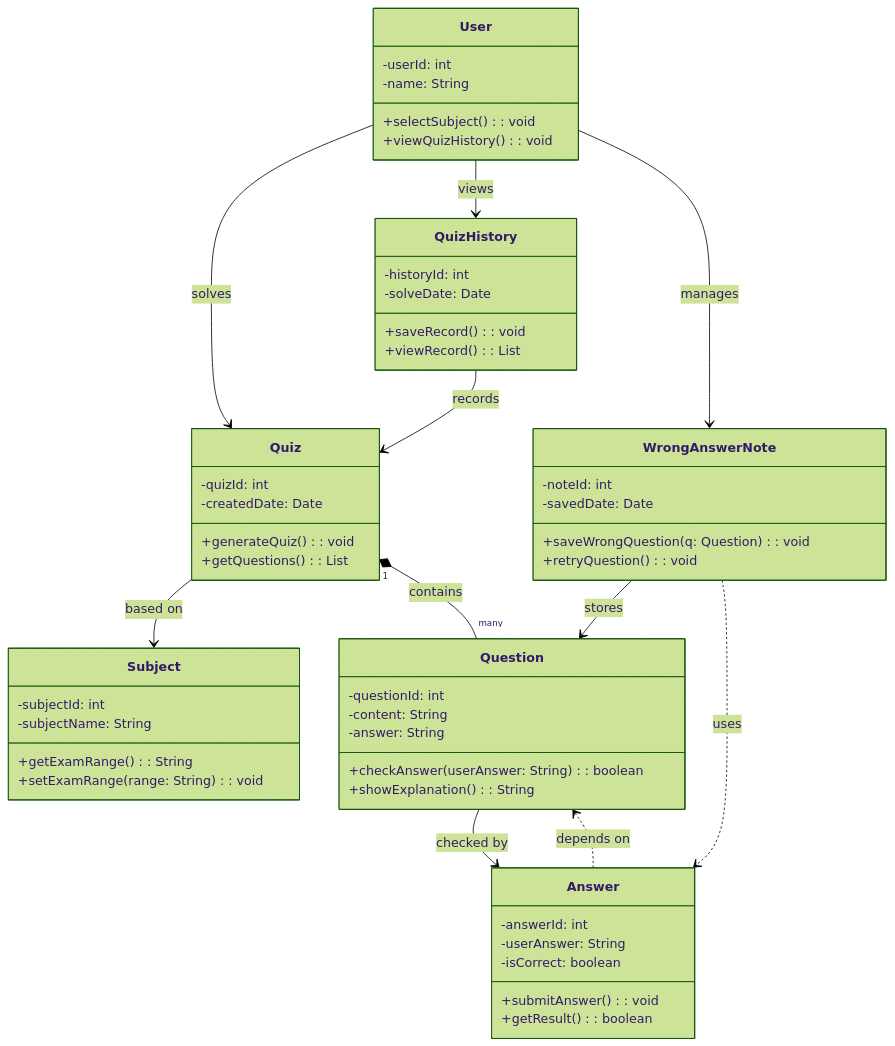
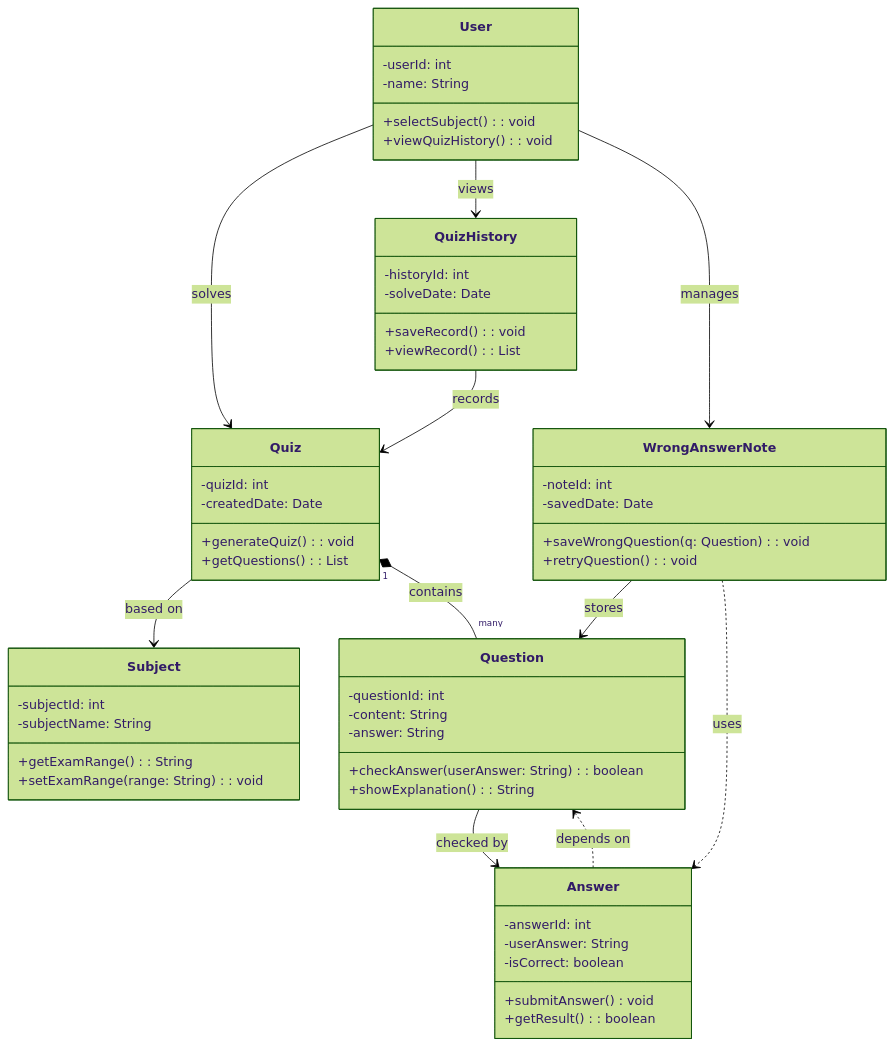
One commit to meaterick/sw-words changed the second of 2 diagrams in docs/M2/UML 다이어그램.md. Above: the diagram before and after it, drawn with Mermaid (forest theme).

Commit message:
Fix method signature for submitAnswer in UML diagram

````diff
--- a/docs/M2/UML 다이어그램.md
+++ b/docs/M2/UML 다이어그램.md
@@ -62,71 +62,71 @@
 ```mermaid
 classDiagram
 
 class User {
     -userId: int
     -name: String
     +selectSubject(): void
     +viewQuizHistory(): void
 }
 
 class Subject {
     -subjectId: int
     -subjectName: String
     +getExamRange(): String
     +setExamRange(range: String): void
 }
 
 class Quiz {
     -quizId: int
     -createdDate: Date
     +generateQuiz(): void
     +getQuestions(): List<Question>
 }
 
 class Question {
     -questionId: int
     -content: String
     -answer: String
     +checkAnswer(userAnswer: String): boolean
     +showExplanation(): String
 }
 
 class Answer {
     -answerId: int
     -userAnswer: String
     -isCorrect: boolean
-    +submitAnswer(): void
+    +submitAnswer() void
     +getResult(): boolean
 }
 
 class WrongAnswerNote {
     -noteId: int
     -savedDate: Date
     +saveWrongQuestion(q: Question): void
     +retryQuestion(): void
 }
 
 class QuizHistory {
     -historyId: int
     -solveDate: Date
     +saveRecord(): void
     +viewRecord(): List<Quiz>
 }
 
 %% 관계 정의
 User --> Quiz : solves
 User --> QuizHistory : views
 User --> WrongAnswerNote : manages
 
 Quiz --> Subject : based on
 Quiz "1" *-- "many" Question : contains
 
 Question --> Answer : checked by
 
 WrongAnswerNote --> Question : stores
 
 QuizHistory --> Quiz : records
 
 Answer ..> Question : depends on
 WrongAnswerNote ..> Answer : uses
 ```
````
